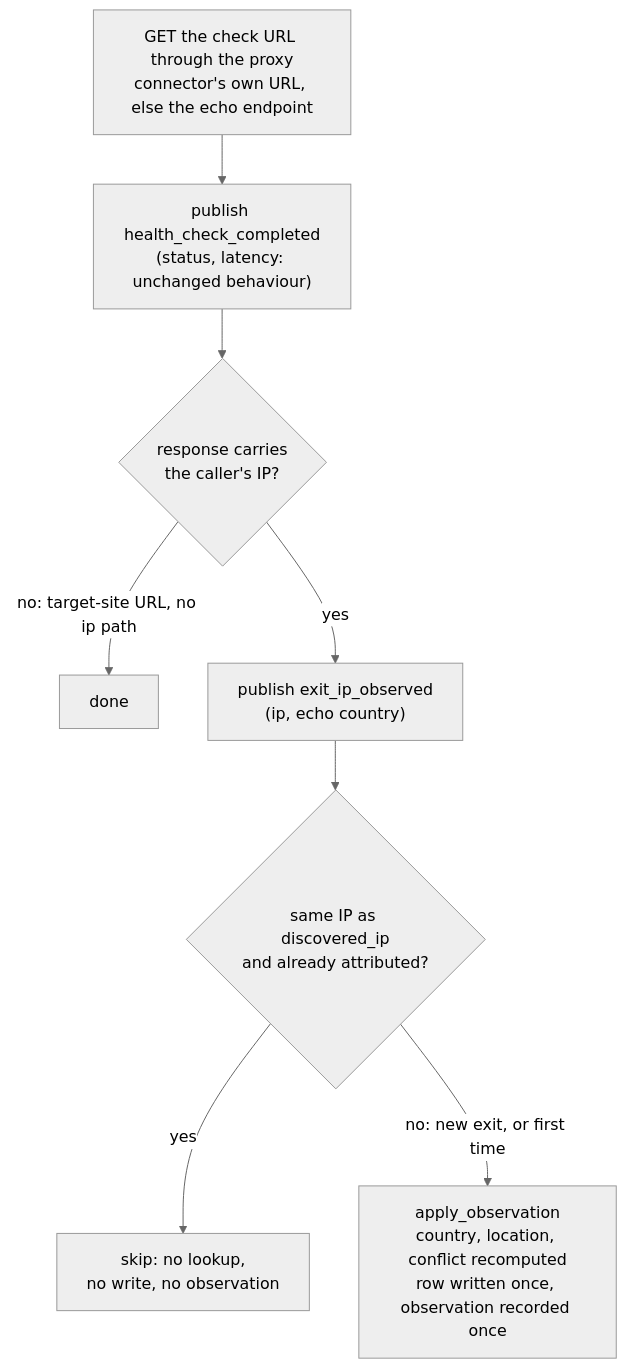
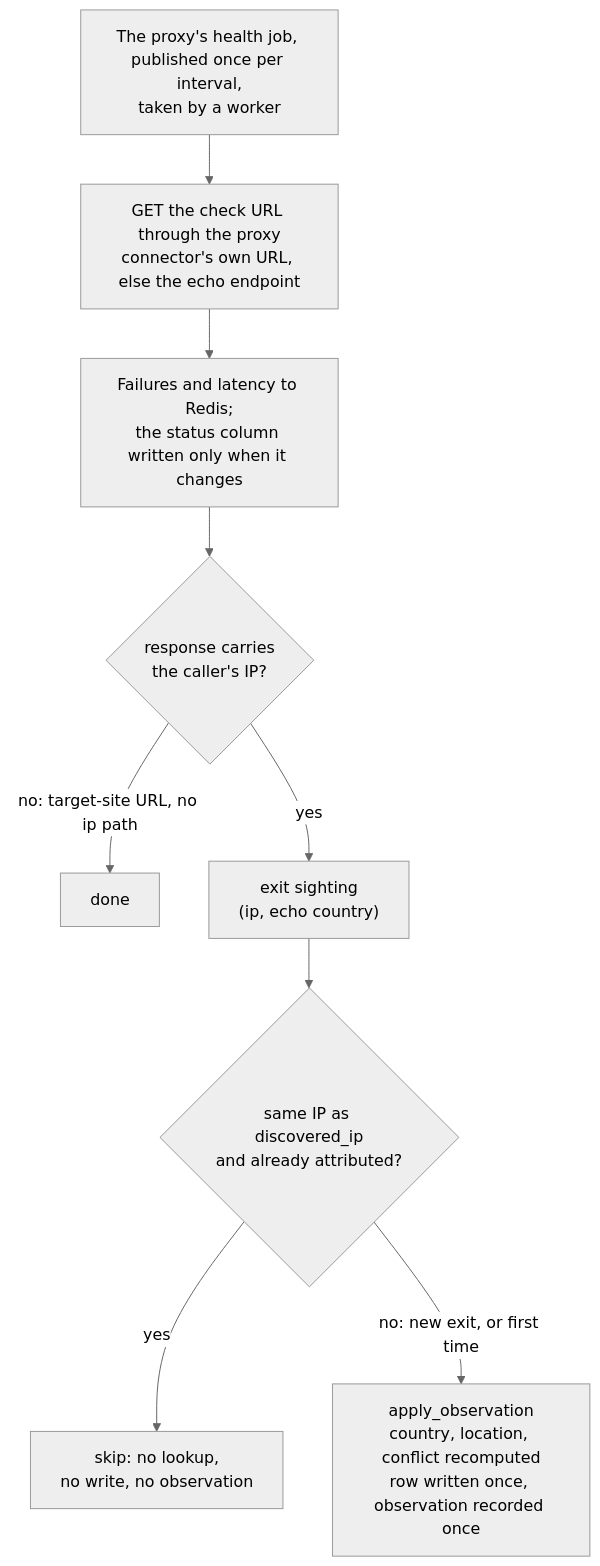
The second of 4 diagrams in docs/ip-attribution.md (octoprox/octoprox), drawn with Mermaid (neutral theme) before and after one commit. The commit also changed other lines of this file and 467 other files, not shown here.

````diff
--- a/docs/ip-attribution.md
+++ b/docs/ip-attribution.md
@@ -48,10 +52,11 @@
 ```mermaid
 flowchart TD
-    get["GET the check URL through the proxy<br/>connector's own URL, else the echo endpoint"] --> status["publish health_check_completed<br/>(status, latency: unchanged behaviour)"]
+    due["The proxy's health job, published once per interval,<br/>taken by a worker"] --> get["GET the check URL through the proxy<br/>connector's own URL, else the echo endpoint"]
+    get --> status["Failures and latency to Redis;<br/>the status column written only when it changes"]
     status --> carries{"response carries<br/>the caller's IP?"}
     carries -->|"no: target-site URL, no ip path"| done["done"]
-    carries -->|yes| sighting["publish exit_ip_observed<br/>(ip, echo country)"]
+    carries -->|yes| sighting["exit sighting<br/>(ip, echo country)"]
     sighting --> same{"same IP as discovered_ip<br/>and already attributed?"}
     same -->|yes| skip["skip: no lookup,<br/>no write, no observation"]
     same -->|"no: new exit, or first time"| apply["apply_observation<br/>country, location, conflict recomputed<br/>row written once, observation recorded once"]
 ```
````
